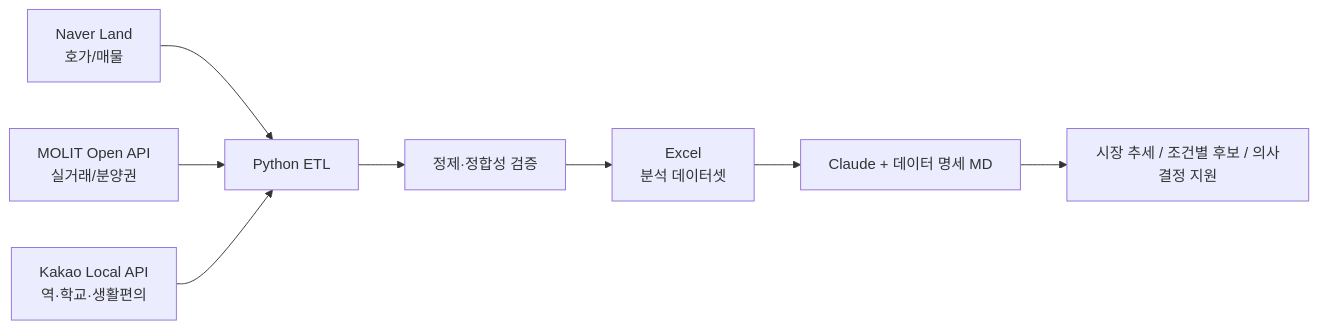
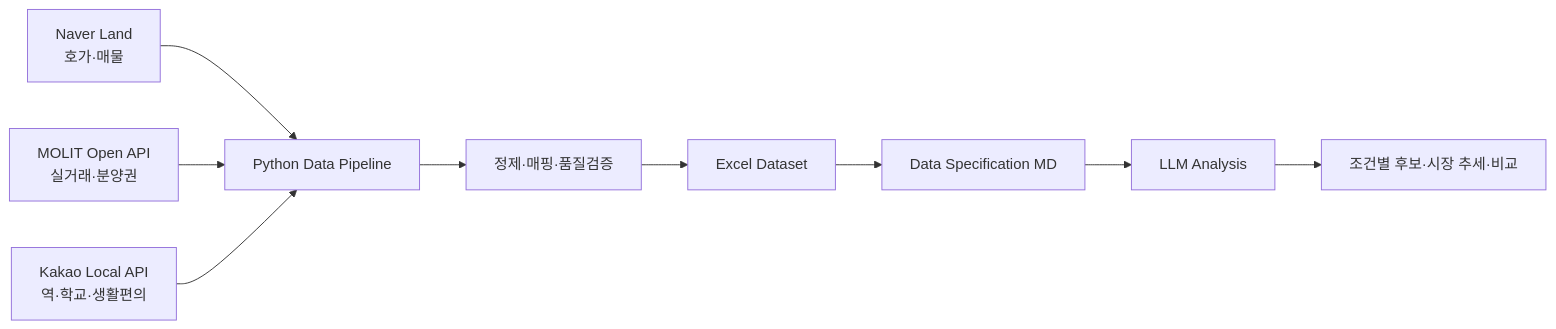
Before and after one commit to lhg553/Deagu_apt: the diagram in README.md, drawn with Mermaid. The commit also changed other lines of this file, not shown here.

Commit message:
docs: clarify LLM-first project motivation and engineering scope

````diff
--- a/README.md
+++ b/README.md
@@ -26,10 +21,11 @@
 ```mermaid
 flowchart LR
-    A[Naver Land<br/>호가/매물] --> D[Python ETL]
-    B[MOLIT Open API<br/>실거래/분양권] --> D
+    A[Naver Land<br/>호가·매물] --> D[Python Data Pipeline]
+    B[MOLIT Open API<br/>실거래·분양권] --> D
     C[Kakao Local API<br/>역·학교·생활편의] --> D
-    D --> E[정제·정합성 검증]
-    E --> F[Excel<br/>분석 데이터셋]
-    F --> G[Claude + 데이터 명세 MD]
-    G --> H[시장 추세 / 조건별 후보 / 의사결정 지원]
+    D --> E[정제·매핑·품질검증]
+    E --> F[Excel Dataset]
+    F --> G[Data Specification MD]
+    G --> H[LLM Analysis]
+    H --> I[조건별 후보·시장 추세·비교]
 ```
````
